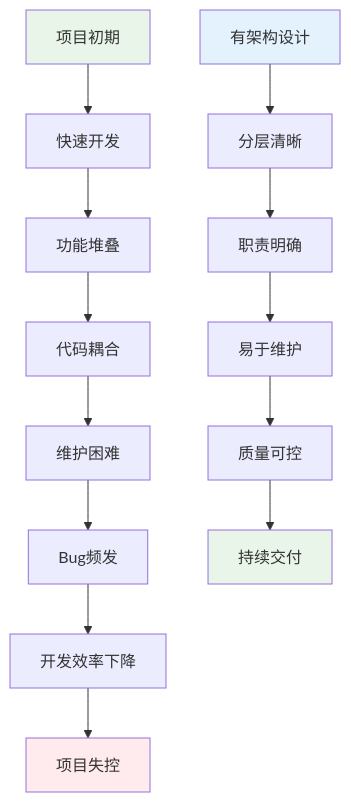
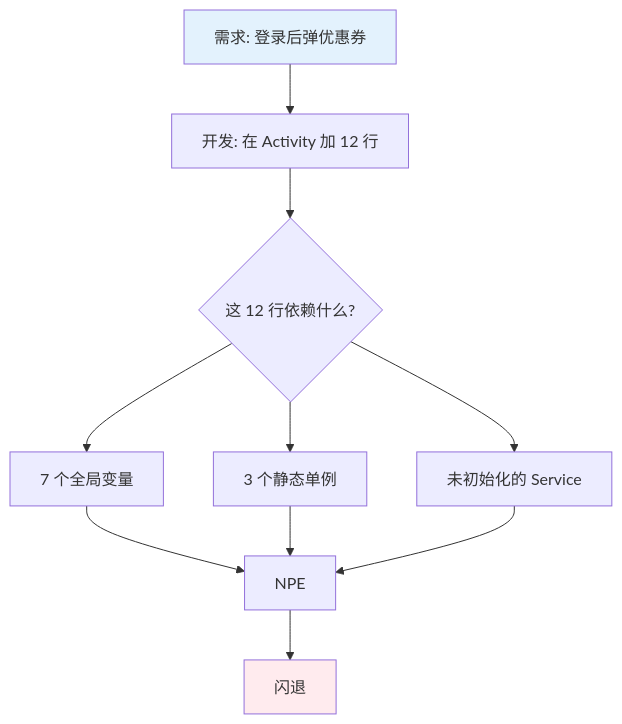
Before and after one commit to chongyang211/YCBookBlog: the first of 17 diagrams in 00.通用技术的提升/07.方案设计思想/卷一-架构与组件/01.通用架构设计方案.md, drawn with Mermaid. The commit also changed other lines of this file and 5 other files, not shown here.

````diff
--- a/00.通用技术的提升/07.方案设计思想/卷一-架构与组件/01.通用架构设计方案.md
+++ b/00.通用技术的提升/07.方案设计思想/卷一-架构与组件/01.通用架构设计方案.md
@@ -89,22 +62,15 @@
 ```mermaid
-graph TD
-    A[项目初期] --> B[快速开发]
-    B --> C[功能堆叠]
-    C --> D[代码耦合]
-    D --> E[维护困难]
-    E --> F[Bug频发]
-    F --> G[开发效率下降]
-    G --> H[项目失控]
+flowchart TD
+    A[需求: 登录后弹优惠券] --> B[开发: 在 Activity 加 12 行]
+    B --> C{这 12 行依赖什么?}
+    C --> D[7 个全局变量]
+    C --> E[3 个静态单例]
+    C --> F[未初始化的 Service]
+    D --> G[NPE]
+    E --> G
+    F --> G
+    G --> H[闪退]
     
-    style A fill:#e8f5e8
+    style A fill:#e3f2fd
     style H fill:#ffebee
-    
-    I[有架构设计] --> J[分层清晰]
-    J --> K[职责明确]
-    K --> L[易于维护]
-    L --> M[质量可控]
-    M --> N[持续交付]
-    
-    style I fill:#e3f2fd
-    style N fill:#e8f5e8
 ```
````
